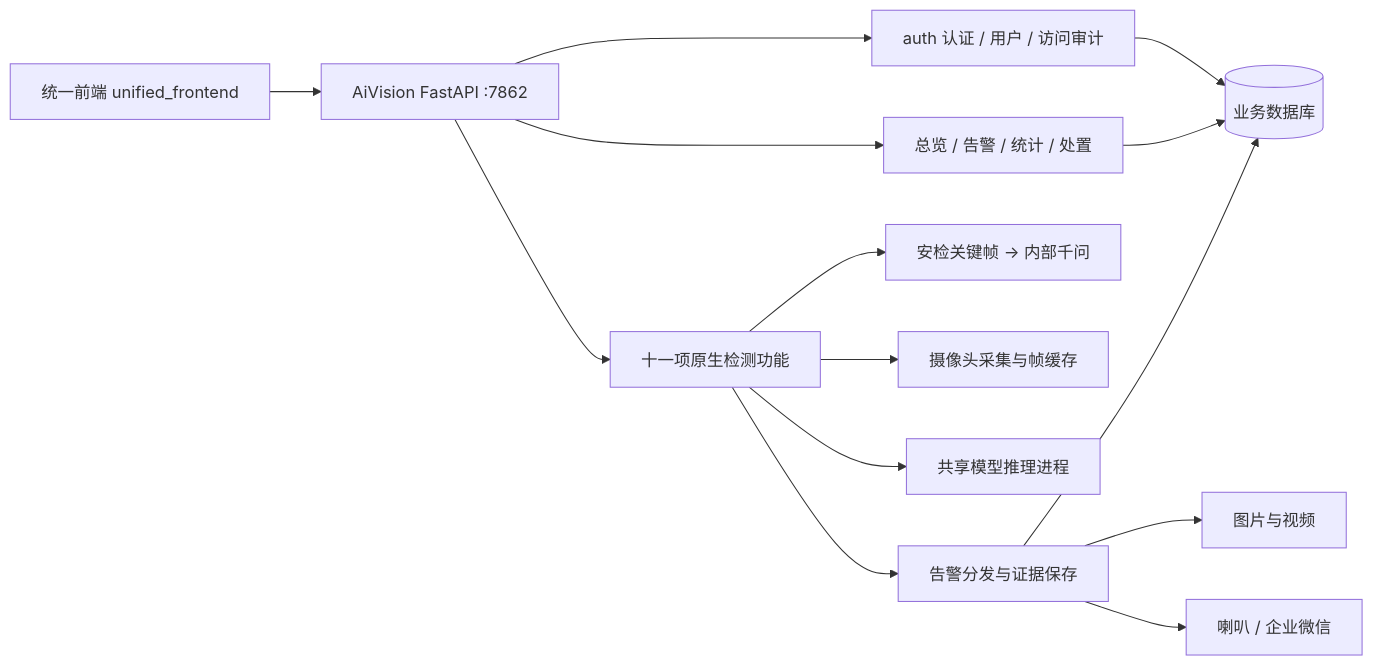
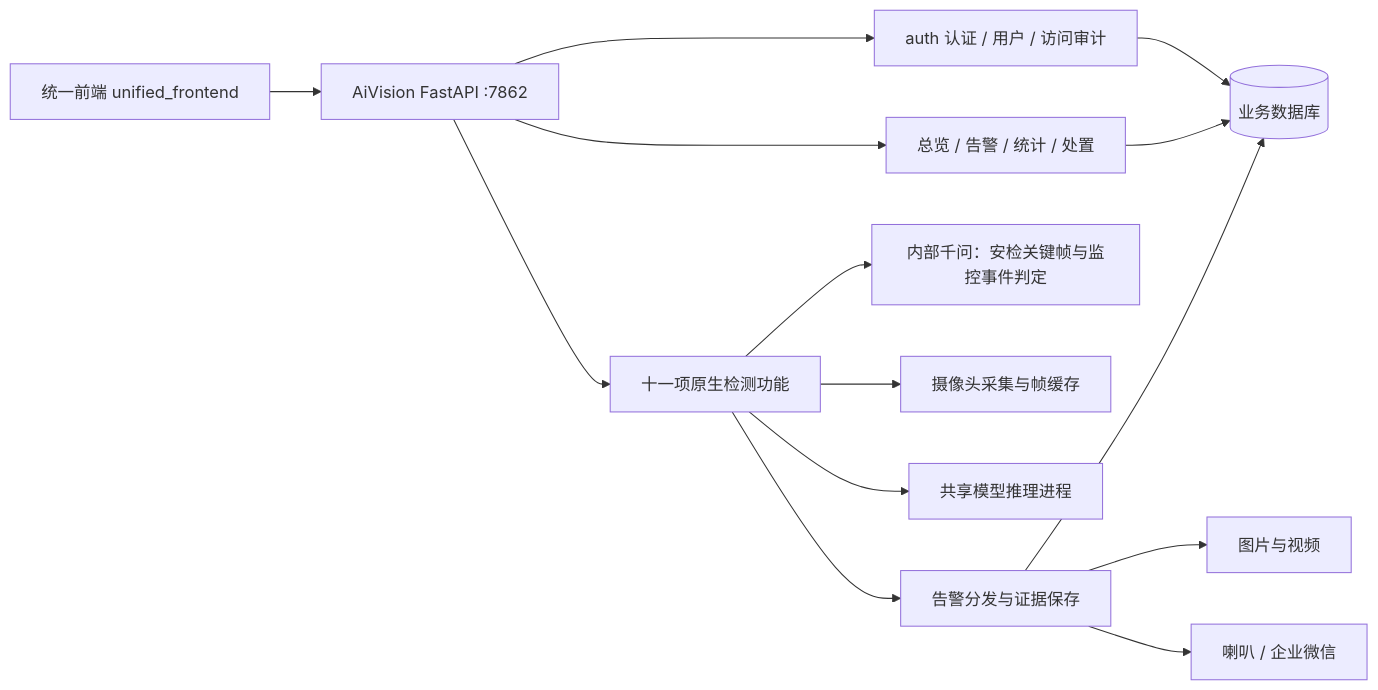
One commit to asmellperson/CVproject1 changed the first of 3 diagrams in AiVision/README.md. Above: the diagram before and after it, drawn with Mermaid. The commit also changed other lines of this file and 13 other files, not shown here.

````diff
--- a/AiVision/README.md
+++ b/AiVision/README.md
@@ -29,16 +29,16 @@
 ```mermaid
 flowchart LR
     UI[统一前端 unified_frontend] --> API[AiVision FastAPI :7862]
     API --> Auth[auth 认证 / 用户 / 访问审计]
     API --> Features[十一项原生检测功能]
     API --> Records[总览 / 告警 / 统计 / 处置]
     Auth --> DB
     Records --> DB
-    Features --> Qwen[安检关键帧 → 内部千问]
+    Features --> Qwen[内部千问：安检关键帧与监控事件判定]
     Features --> Cameras[摄像头采集与帧缓存]
     Features --> Models[共享模型推理进程]
     Features --> Alarms[告警分发与证据保存]
     Alarms --> DB[(业务数据库)]
     Alarms --> Media[图片与视频]
     Alarms --> Notify[喇叭 / 企业微信]
 ```
````
